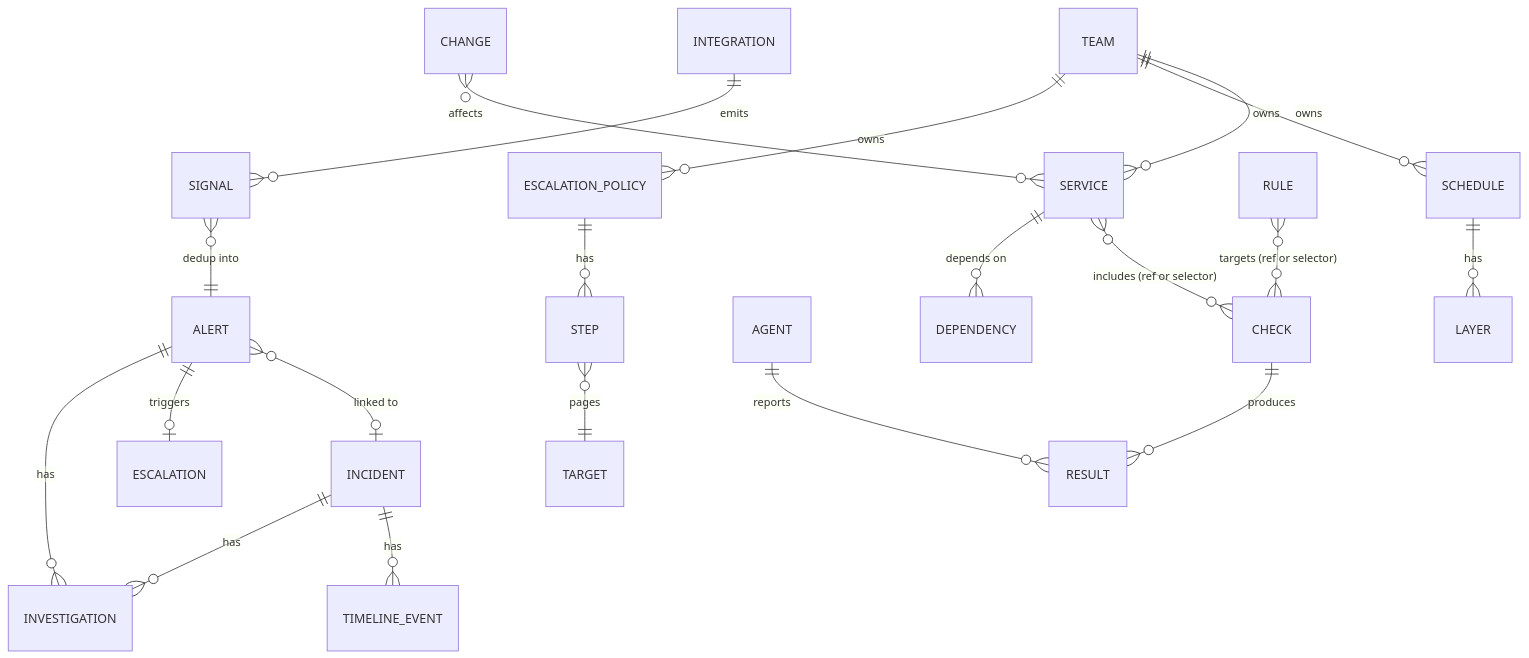
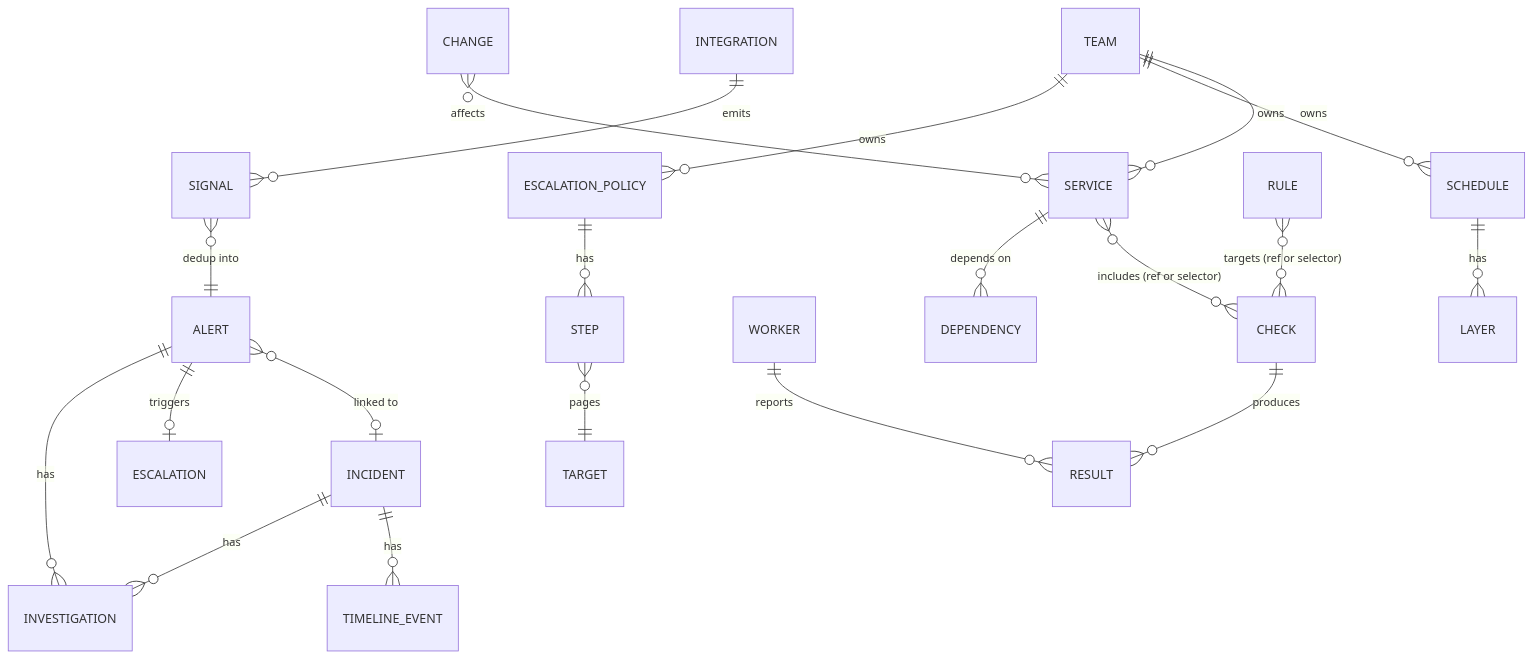
Before and after one commit to cl8dep/vigia: the diagram in docs/domain.md, drawn with Mermaid. The commit also changed other lines of this file and 60 other files, not shown here.

Commit message:
Rename agent to worker across code, config, schema and docs.

````diff
--- a/docs/domain.md
+++ b/docs/domain.md
@@ -37,22 +37,22 @@
 ```mermaid
 erDiagram
     TEAM ||--o{ SERVICE : owns
     TEAM ||--o{ SCHEDULE : owns
     TEAM ||--o{ ESCALATION_POLICY : owns
     SERVICE }o--o{ CHECK : "includes (ref or selector)"
     SERVICE ||--o{ DEPENDENCY : "depends on"
     CHECK ||--o{ RESULT : produces
-    AGENT ||--o{ RESULT : reports
+    WORKER ||--o{ RESULT : reports
     RULE }o--o{ CHECK : "targets (ref or selector)"
     SIGNAL }o--|| ALERT : "dedup into"
     ALERT }o--o| INCIDENT : "linked to"
     ALERT ||--o| ESCALATION : triggers
     ESCALATION_POLICY ||--o{ STEP : has
     STEP }o--|| TARGET : pages
     SCHEDULE ||--o{ LAYER : has
     INCIDENT ||--o{ TIMELINE_EVENT : has
     INCIDENT ||--o{ INVESTIGATION : has
     ALERT ||--o{ INVESTIGATION : has
     CHANGE }o--o{ SERVICE : affects
     INTEGRATION ||--o{ SIGNAL : emits
 ```
````
